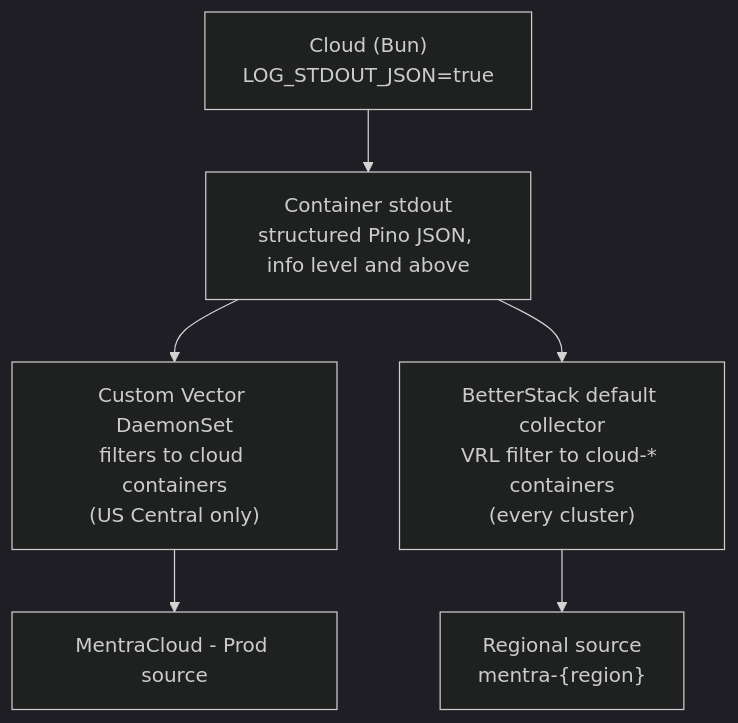
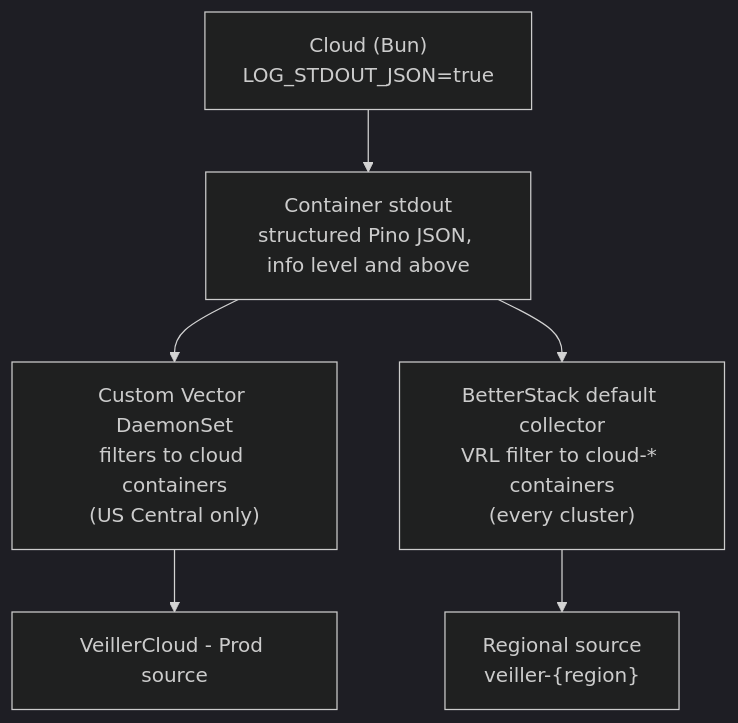
Before and after one commit to xerktech/Veiller: the diagram in cloud/runbooks/infra.md, drawn with Mermaid (dark theme). The commit also changed other lines of this file and 2317 other files, not shown here.

````diff
--- a/cloud/runbooks/infra.md
+++ b/cloud/runbooks/infra.md
@@ -254,15 +254,15 @@
 ```mermaid
 flowchart TD
   A["Cloud (Bun)<br/>LOG_STDOUT_JSON=true"]
   B["Container stdout<br/>structured Pino JSON, info level and above"]
   C["Custom Vector DaemonSet<br/>filters to cloud containers<br/>(US Central only)"]
-  D["MentraCloud - Prod source"]
+  D["VeillerCloud - Prod source"]
   E["BetterStack default collector<br/>VRL filter to cloud-* containers<br/>(every cluster)"]
-  F["Regional source<br/>mentra-{region}"]
+  F["Regional source<br/>veiller-{region}"]
 
   A --> B
   B --> C
   B --> E
   C --> D
   E --> F
 ```
````
